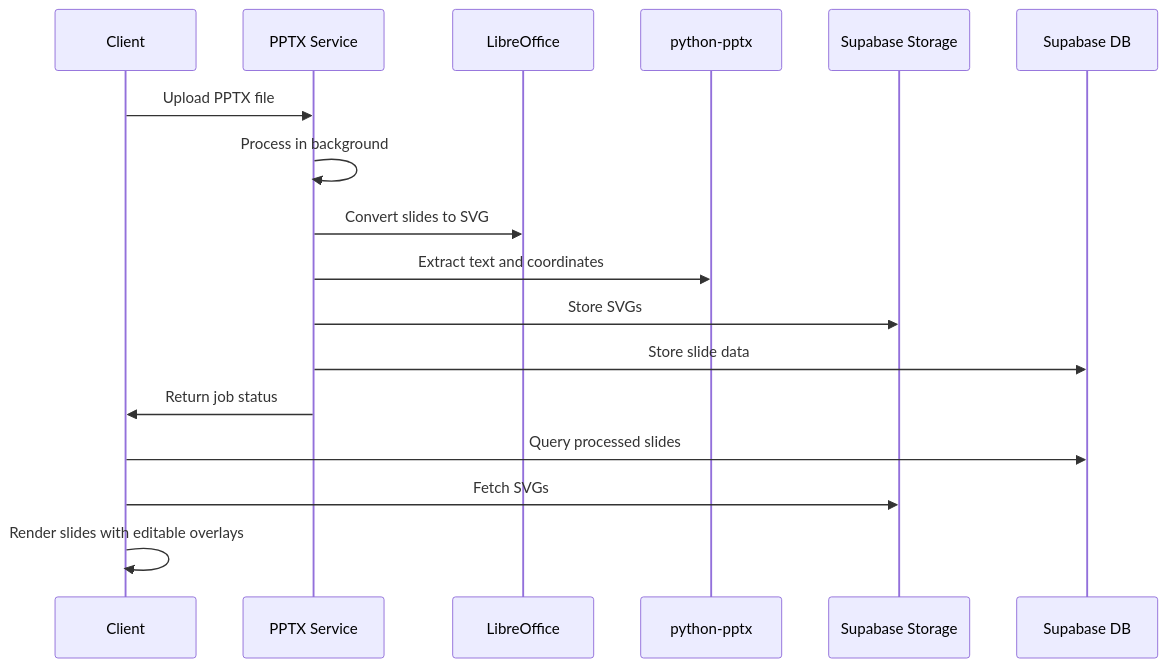
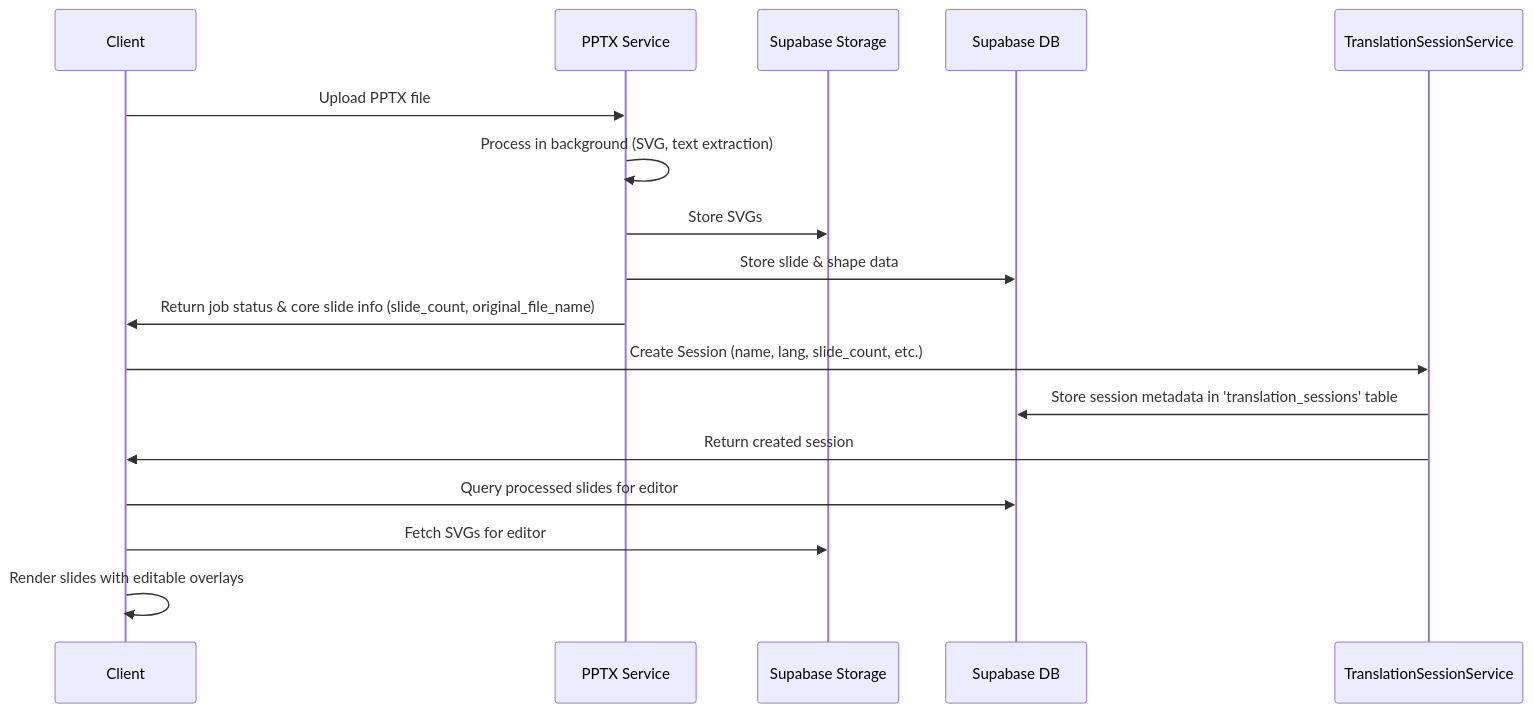
One commit to OmkarKirpan/pptxTrans changed the second of 4 diagrams in memory-bank/systemPatterns.md. Above: the diagram before and after it, drawn with Mermaid. The commit also changed other lines of this file and 50 other files, not shown here.

First line of the commit message:
Implement Translation Session Service and enhance Zustand store integration

````diff
--- a/memory-bank/systemPatterns.md
+++ b/memory-bank/systemPatterns.md
@@ -154,13 +170,14 @@
    ```mermaid
    sequenceDiagram
        Client->>PPTX Service: Upload PPTX file
-       PPTX Service->>PPTX Service: Process in background
-       PPTX Service->>LibreOffice: Convert slides to SVG
-       PPTX Service->>python-pptx: Extract text and coordinates
+       PPTX Service->>PPTX Service: Process in background (SVG, text extraction)
        PPTX Service->>Supabase Storage: Store SVGs
-       PPTX Service->>Supabase DB: Store slide data
-       PPTX Service->>Client: Return job status
-       Client->>Supabase DB: Query processed slides
-       Client->>Supabase Storage: Fetch SVGs
+       PPTX Service->>Supabase DB: Store slide & shape data
+       PPTX Service->>Client: Return job status & core slide info (slide_count, original_file_name)
+       Client->>TranslationSessionService: Create Session (name, lang, slide_count, etc.)
+       TranslationSessionService->>Supabase DB: Store session metadata in 'translation_sessions' table
+       TranslationSessionService->>Client: Return created session
+       Client->>Supabase DB: Query processed slides for editor
+       Client->>Supabase Storage: Fetch SVGs for editor
        Client->>Client: Render slides with editable overlays
    ```
````
